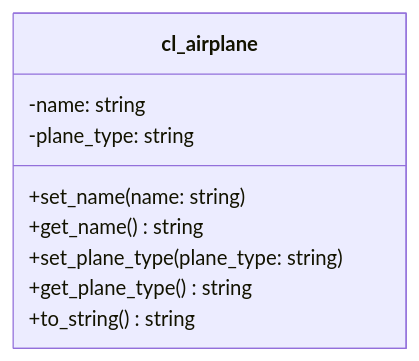
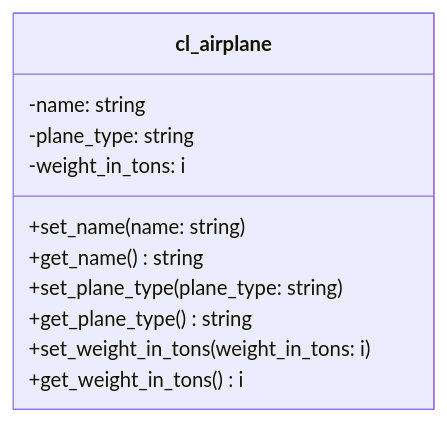
One commit to appenmaier/s4hana changed the diagram in docs/exercises/abap-objects/abap-objects-01.md. Above: the diagram before and after it, drawn with Mermaid. The commit also changed other lines of this file, not shown here.

````diff
--- a/docs/exercises/abap-objects/abap-objects-01.md
+++ b/docs/exercises/abap-objects/abap-objects-01.md
@@ -10,12 +10,14 @@
 ```mermaid
 classDiagram
    class cl_airplane {
       -name: string
       -plane_type: string
+      -weight_in_tons: i
       +set_name(name: string)
       +get_name() string
       +set_plane_type(plane_type: string)
       +get_plane_type() string
-      +to_string() string
+      +set_weight_in_tons(weight_in_tons: i)
+      +get_weight_in_tons() i
    }
 ```
````
